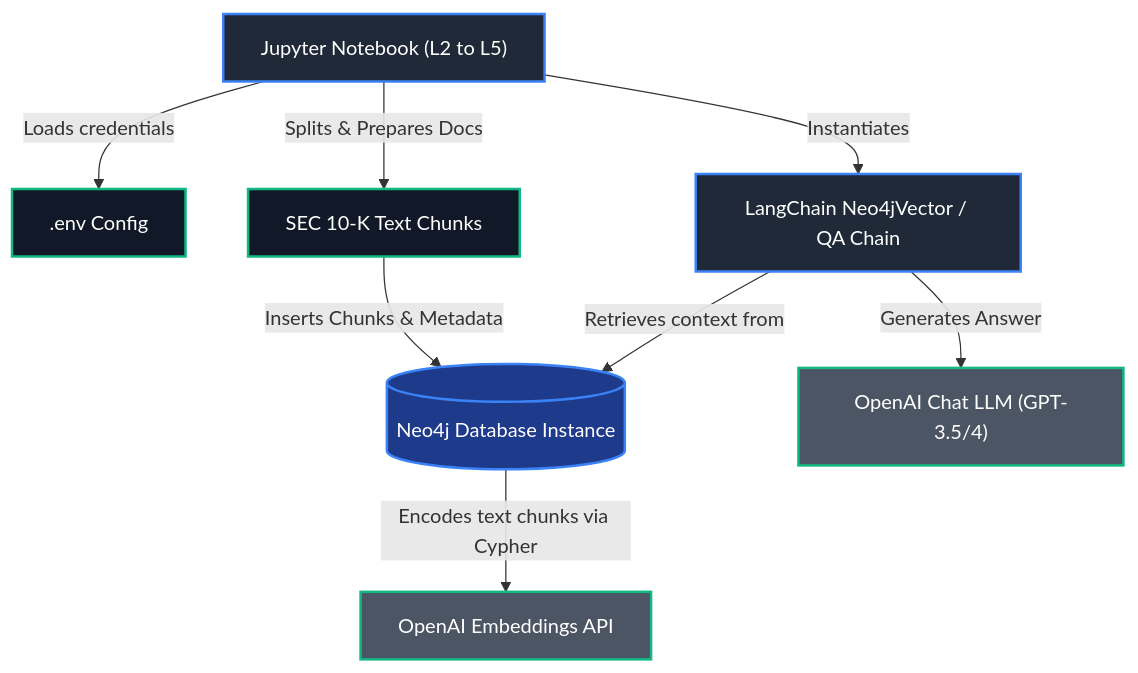
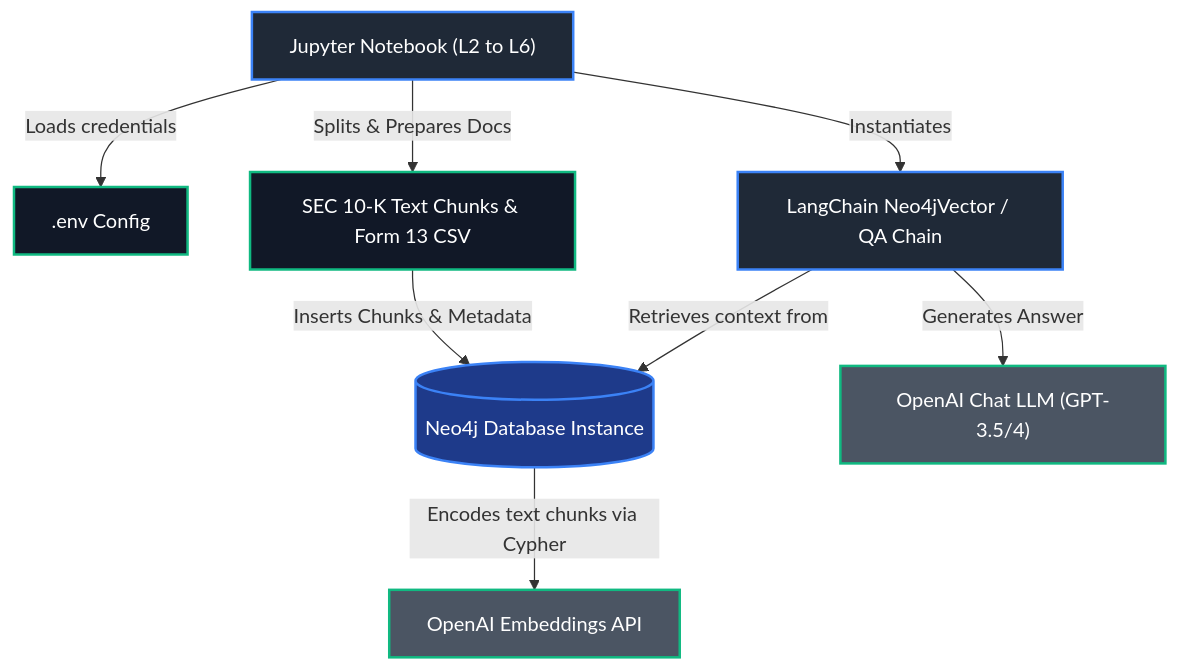
Before and after one commit to PhoengZ/knowledgr-graph-RAG: the first of 2 diagrams in README.md, drawn with Mermaid. The commit also changed other lines of this file and 2 other files, not shown here.

First line of the commit message:
feat: add Lesson 6 SEC Knowledge Graph expansion notebook and update README

````diff
--- a/README.md
+++ b/README.md
@@ -26,24 +27,24 @@
 ```mermaid
 graph TD
     %% Define Node Styles
     classDef component fill:#1f2937,stroke:#3b82f6,stroke-width:2px,color:#fff;
     classDef database fill:#1e3a8a,stroke:#3b82f6,stroke-width:2px,color:#fff;
     classDef config fill:#111827,stroke:#10b981,stroke-width:2px,color:#fff;
     classDef api fill:#4b5563,stroke:#10b981,stroke-width:2px,color:#fff;
     
     %% Flow nodes
-    Notebook["Jupyter Notebook (L2 to L5)"] -->|Loads credentials| Env[".env Config"]
-    Notebook -->|Splits & Prepares Docs| TextChunks["SEC 10-K Text Chunks"]
+    Notebook["Jupyter Notebook (L2 to L6)"] -->|Loads credentials| Env[".env Config"]
+    Notebook -->|Splits & Prepares Docs| TextChunks["SEC 10-K Text Chunks & Form 13 CSV"]
     TextChunks -->|Inserts Chunks & Metadata| DB[("Neo4j Database Instance")]
     
     Notebook -->|Instantiates| LangChain["LangChain Neo4jVector / QA Chain"]
     LangChain -->|Retrieves context from| DB
     LangChain -->|Generates Answer| OpenAI_LLM["OpenAI Chat LLM (GPT-3.5/4)"]
     DB -->|Encodes text chunks via Cypher| OpenAI_Embeddings["OpenAI Embeddings API"]
     
     %% Apply styles
     class Notebook,LangChain component;
     class DB database;
     class Env,TextChunks config;
     class OpenAI_LLM,OpenAI_Embeddings api;
 ```
````
